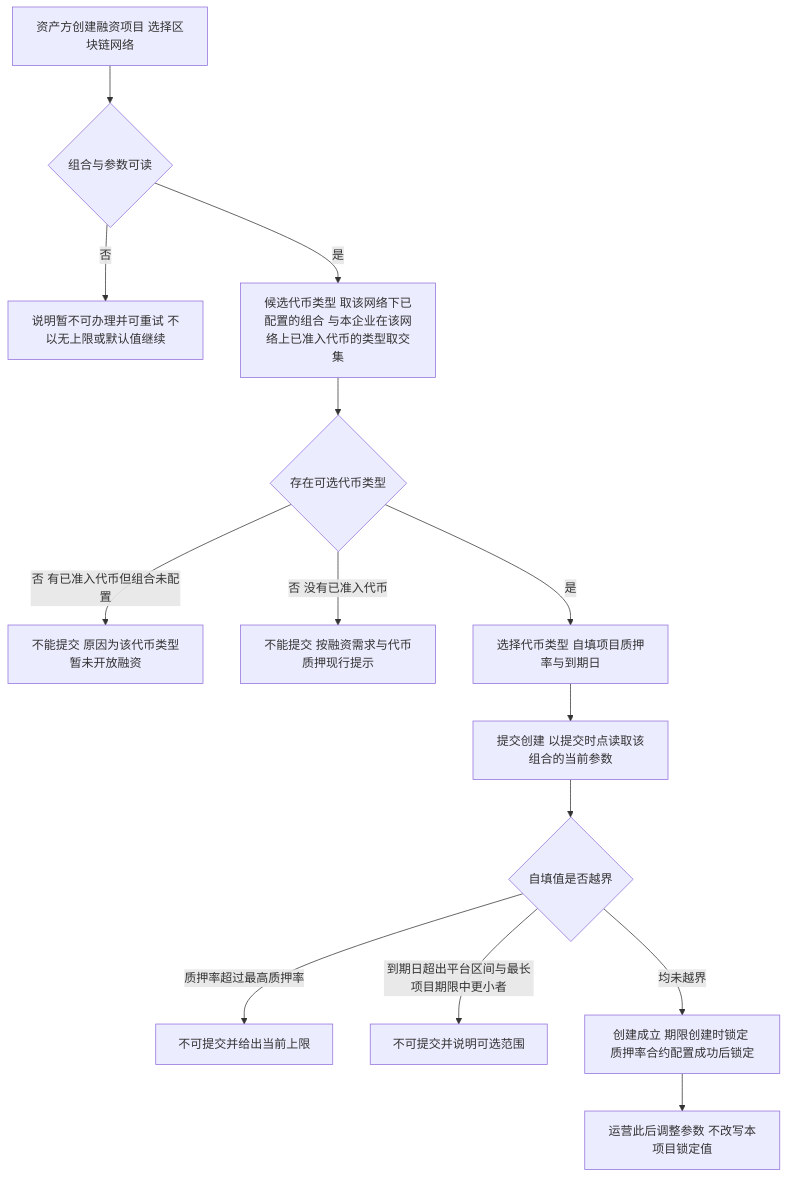
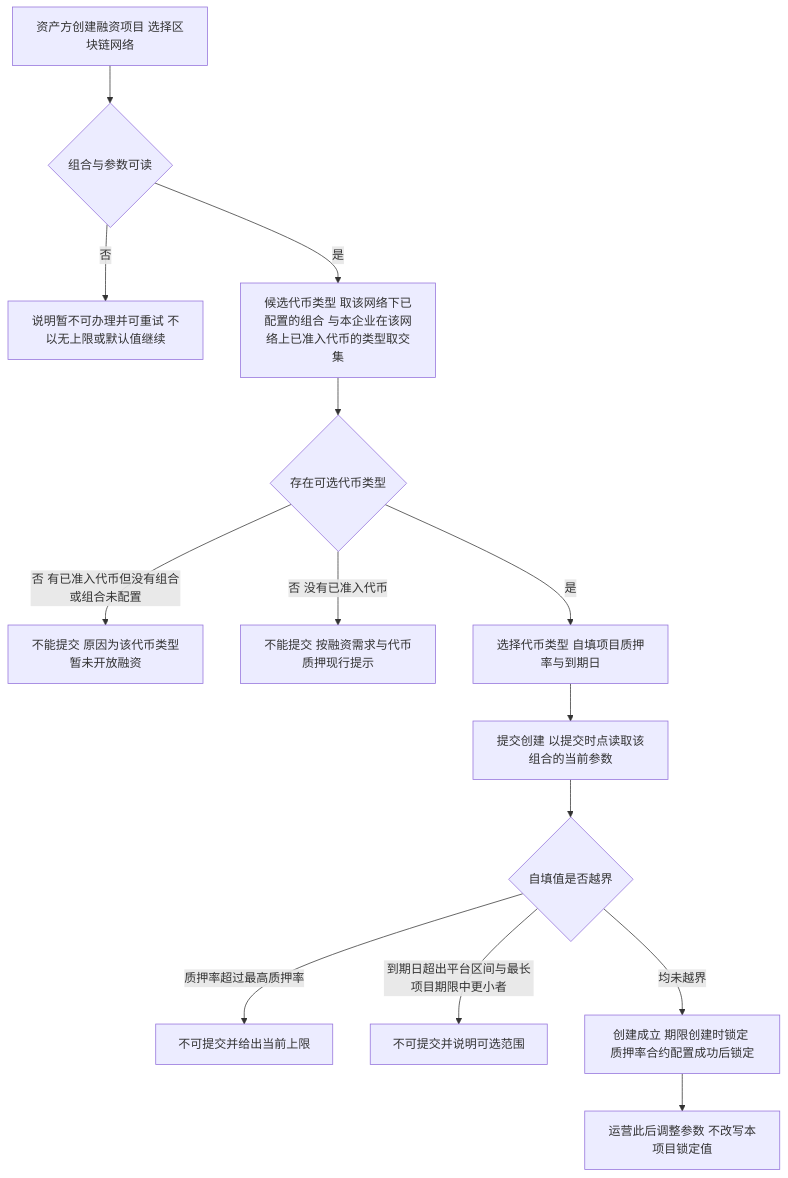
One commit to wxblockchain/Chain-Financing changed the third of 5 diagrams in lending-platform/PRD/运营端/02-运营端融资参数配置/02-运营端融资参数配置-流程图与状态机.md. Above: the diagram before and after it, drawn with Mermaid. The commit also changed other lines of this file and 4 other files, not shown here.

````diff
--- a/lending-platform/PRD/运营端/02-运营端融资参数配置/02-运营端融资参数配置-流程图与状态机.md
+++ b/lending-platform/PRD/运营端/02-运营端融资参数配置/02-运营端融资参数配置-流程图与状态机.md
@@ -70,16 +66,16 @@
 ```mermaid
 flowchart TD
     A[资产方创建融资项目 选择区块链网络] --> B{组合与参数可读}
     B -->|否| C[说明暂不可办理并可重试 不以无上限或默认值继续]
     B -->|是| D[候选代币类型 取该网络下已配置的组合 与本企业在该网络上已准入代币的类型取交集]
     D --> E{存在可选代币类型}
-    E -->|否 有已准入代币但组合未配置| F[不能提交 原因为该代币类型暂未开放融资]
+    E -->|否 有已准入代币但没有组合或组合未配置| F[不能提交 原因为该代币类型暂未开放融资]
     E -->|否 没有已准入代币| G[不能提交 按融资需求与代币质押现行提示]
     E -->|是| H[选择代币类型 自填项目质押率与到期日]
     H --> I[提交创建 以提交时点读取该组合的当前参数]
     I --> J{自填值是否越界}
     J -->|质押率超过最高质押率| K[不可提交并给出当前上限]
     J -->|到期日超出平台区间与最长项目期限中更小者| L[不可提交并说明可选范围]
     J -->|均未越界| M[创建成立 期限创建时锁定 质押率合约配置成功后锁定]
     M --> N[运营此后调整参数 不改写本项目锁定值]
 ```
````
